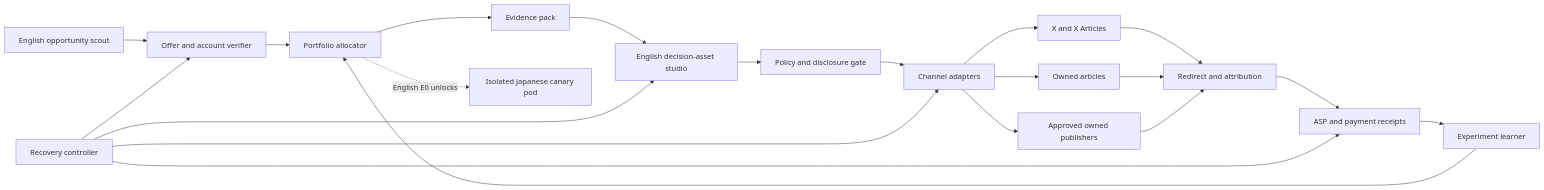
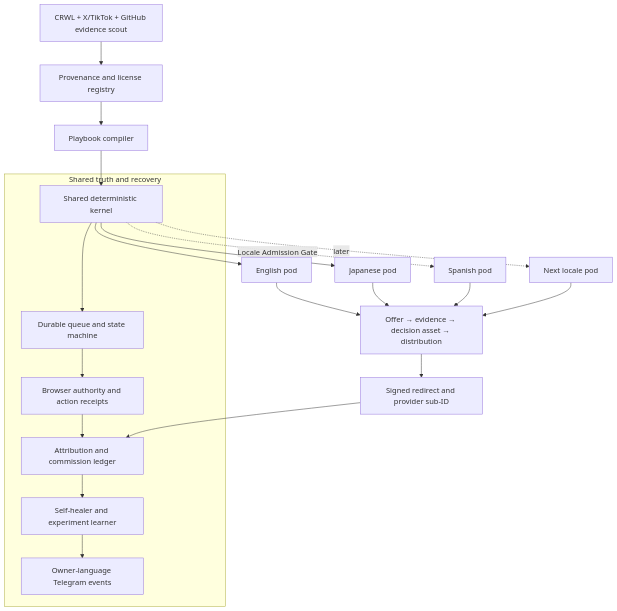
The second of 4 diagrams in docs/affiliate-agent/AFFILIATE-AGENT-SSOT.md (Daisuke134/anicca), drawn with Mermaid before and after one commit. The commit also changed other lines of this file and 2 other files, not shown here.

````diff
--- a/docs/affiliate-agent/AFFILIATE-AGENT-SSOT.md
+++ b/docs/affiliate-agent/AFFILIATE-AGENT-SSOT.md
@@ -279,23 +315,26 @@
 ```mermaid
-flowchart LR
-  S[English opportunity scout] --> V[Offer and account verifier]
-  V --> P[Portfolio allocator]
-  P --> E[Evidence pack]
-  E --> C[English decision-asset studio]
-  C --> G[Policy and disclosure gate]
-  G --> D[Channel adapters]
-  D --> X[X and X Articles]
-  D --> A[Owned articles]
-  D --> N[Approved owned publishers]
-  X --> T[Redirect and attribution]
-  A --> T
-  N --> T
-  T --> R[ASP and payment receipts]
-  R --> L[Experiment learner]
-  L --> P
-  P -. English E0 unlocks .-> J[Isolated Japanese canary pod]
-  H[Recovery controller] --> V
-  H --> C
-  H --> D
-  H --> R
+flowchart TB
+  BP[CRWL + X/TikTok + GitHub evidence scout] --> SR[Provenance and license registry]
+  SR --> PC[Playbook compiler]
+  PC --> K[Shared deterministic kernel]
+
+  subgraph KERNEL[Shared truth and recovery]
+    K --> Q[Durable queue and state machine]
+    Q --> B[Browser authority and action receipts]
+    B --> L[Attribution and commission ledger]
+    L --> H[Self-healer and experiment learner]
+    H --> TG[Owner-language Telegram events]
+  end
+
+  K --> EN[English pod]
+  K --> JA[Japanese pod]
+  K -. Locale Admission Gate .-> ES[Spanish pod]
+  K -. later .-> NX[Next locale pod]
+
+  EN --> F[Offer → evidence → decision asset → distribution]
+  JA --> F
+  ES --> F
+  NX --> F
+  F --> RD[Signed redirect and provider sub-ID]
+  RD --> L
 ```
````
